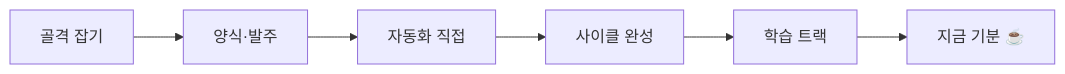
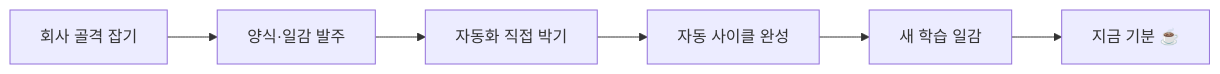
The second of 2 diagrams in content/diary/b/15.md (linisia/eric-company), drawn with Mermaid before and after one commit. The commit also changed other lines of this file, not shown here.

````diff
--- a/content/diary/b/15.md
+++ b/content/diary/b/15.md
@@ -23,8 +26,8 @@
 ```mermaid
 flowchart LR
-    A[골격 잡기] --> B[양식·발주]
-    B --> C[자동화 직접]
-    C --> D[사이클 완성]
-    D --> E[학습 트랙]
+    A[회사 골격 잡기] --> B[양식·일감 발주]
+    B --> C[자동화 직접 박기]
+    C --> D[자동 사이클 완성]
+    D --> E[새 학습 일감]
     E --> F[지금 기분 ☕]
 ```
````
